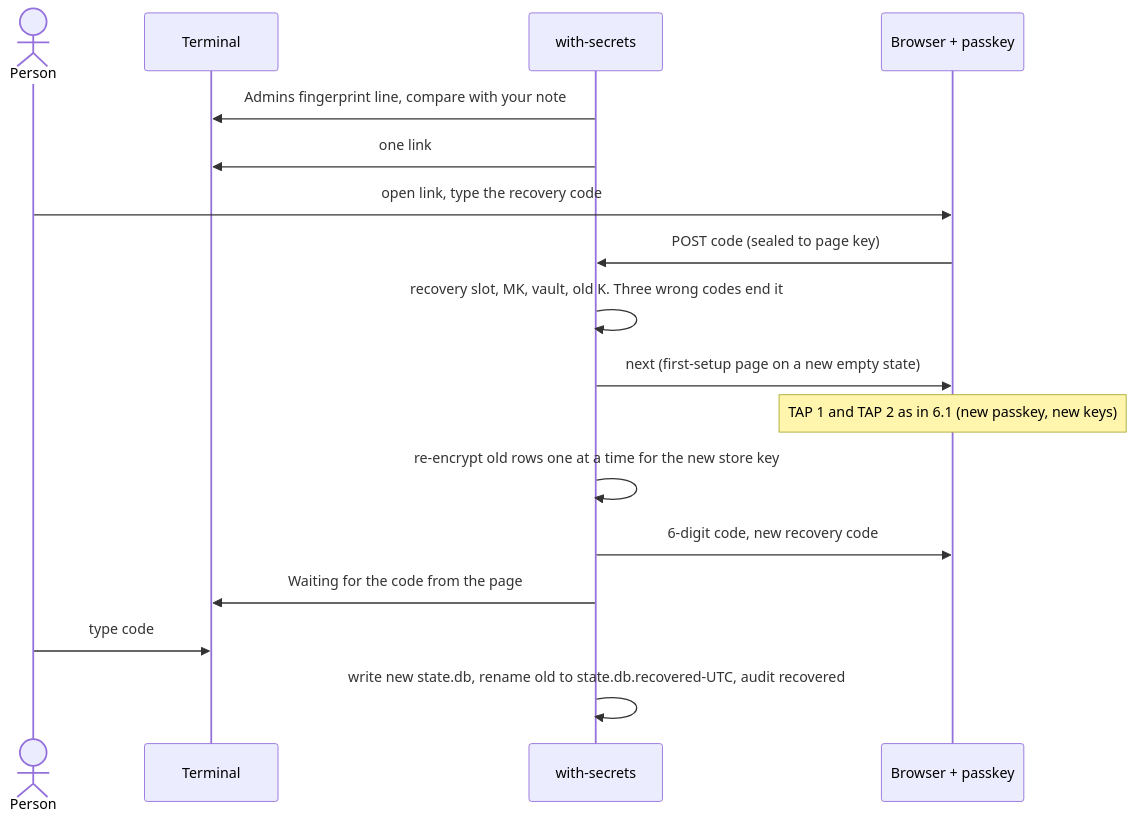
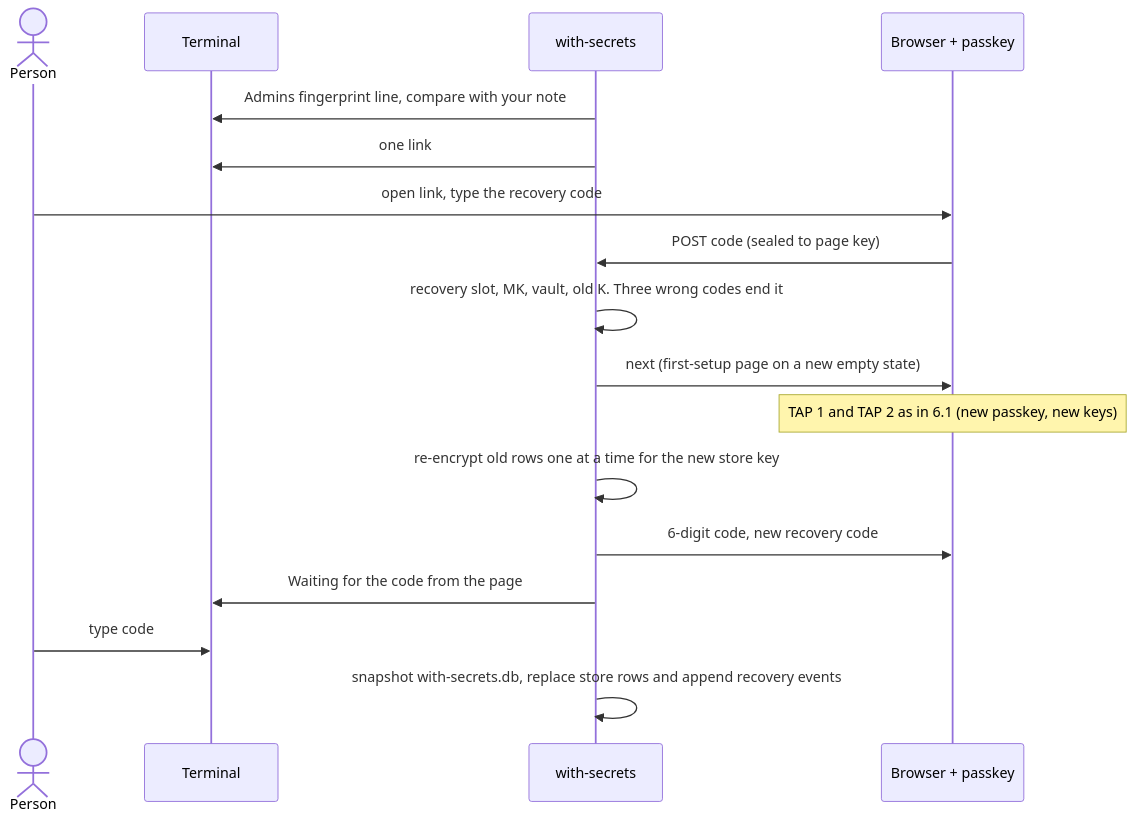
One commit to CodePenguin/with-secrets changed the eighth of 8 diagrams in docs/architecture.md. Above: the diagram before and after it, drawn with Mermaid. The commit also changed other lines of this file and 147 other files, not shown here.

````diff
--- a/docs/architecture.md
+++ b/docs/architecture.md
@@ -312,19 +319,19 @@
 ```mermaid
 sequenceDiagram
     actor P as Person
     participant T as Terminal
     participant C as with-secrets
     participant B as Browser + passkey
     C->>T: Admins fingerprint line, compare with your note
     C->>T: one link
     P->>B: open link, type the recovery code
     B->>C: POST code (sealed to page key)
     C->>C: recovery slot, MK, vault, old K. Three wrong codes end it
     C->>B: next (first-setup page on a new empty state)
     Note over B: TAP 1 and TAP 2 as in 6.1 (new passkey, new keys)
     C->>C: re-encrypt old rows one at a time for the new store key
     C->>B: 6-digit code, new recovery code
     C->>T: Waiting for the code from the page
     P->>T: type code
-    C->>C: write new state.db, rename old to state.db.recovered-UTC, audit recovered
+    C->>C: snapshot with-secrets.db, replace store rows and append recovery events
 ```
````
